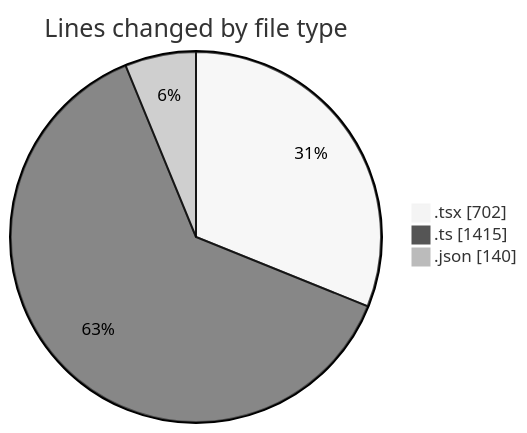
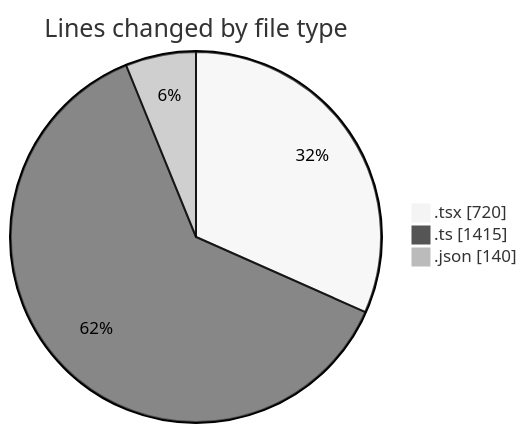
The first of 2 diagrams in 2026-03-27/cda/README.md (momahboobian/code-tracking), drawn with Mermaid (neutral theme) before and after one commit. The commit also changed other lines of this file and 1 other file, not shown here.

````diff
--- a/2026-03-27/cda/README.md
+++ b/2026-03-27/cda/README.md
@@ -31,7 +31,7 @@
 ```mermaid
 pie showData
 title Lines changed by file type
-".tsx" : 702
+".tsx" : 720
 ".ts" : 1415
 ".json" : 140
 ```
````
